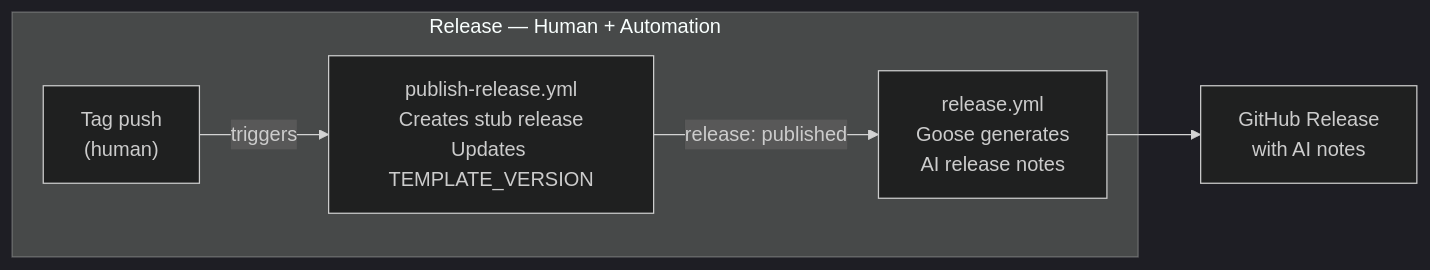
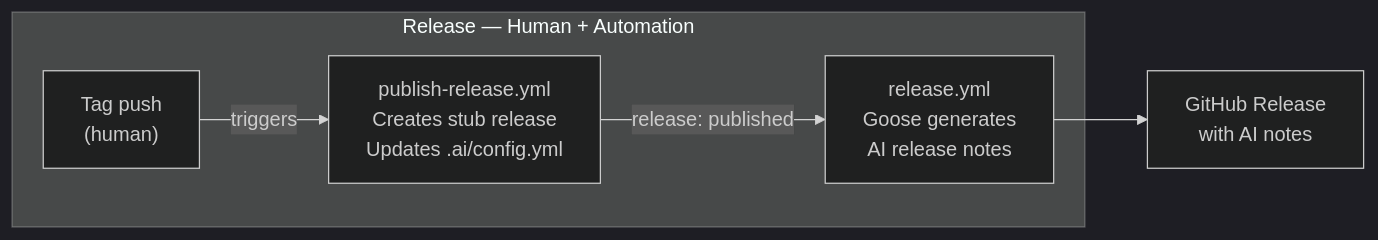
One commit to eddiecarpenter/ai-native-delivery changed the second of 3 diagrams in README.md. Above: the diagram before and after it, drawn with Mermaid (dark theme). The commit also changed other lines of this file and 17 other files, not shown here.

````diff
--- a/README.md
+++ b/README.md
@@ -143,12 +143,12 @@
 ```mermaid
 flowchart LR
     subgraph Release ["Release — Human + Automation"]
         T["Tag push\n(human)"]
-        S["publish-release.yml\nCreates stub release\nUpdates TEMPLATE_VERSION"]
+        S["publish-release.yml\nCreates stub release\nUpdates .ai/config.yml"]
         N["release.yml\nGoose generates\nAI release notes"]
     end
 
     T -->|"triggers"| S
     S -->|"release: published"| N
     N --> R["GitHub Release\nwith AI notes"]
 ```
````
